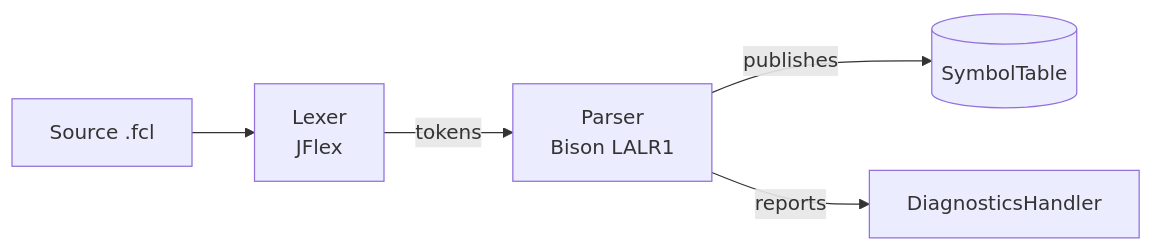
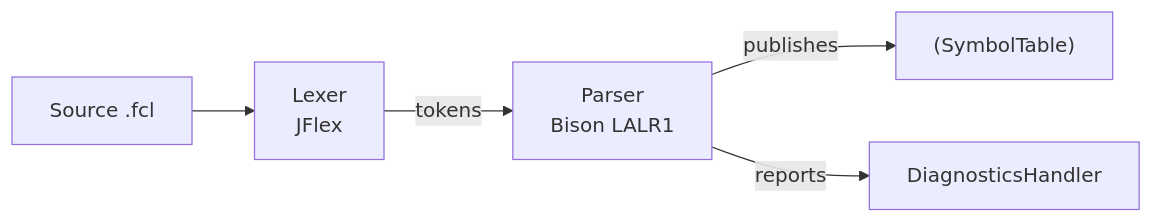
Before and after one commit to PascalUser/FLC-IEC61131-7: the diagram in README.md, drawn with Mermaid. The commit also changed other lines of this file and 24 other files, not shown here.

````diff
--- a/README.md
+++ b/README.md
@@ -34,7 +54,7 @@
 ```mermaid
 flowchart LR
     SRC[Source .fcl] --> LEX[Lexer\nJFlex]
     LEX -- tokens --> PAR[Parser\nBison LALR1]
-    PAR -- publishes --> ST[(SymbolTable)]
+    PAR -- publishes --> ST["(SymbolTable)"]
     PAR -- reports --> DIAG[DiagnosticsHandler]
 ```
````
